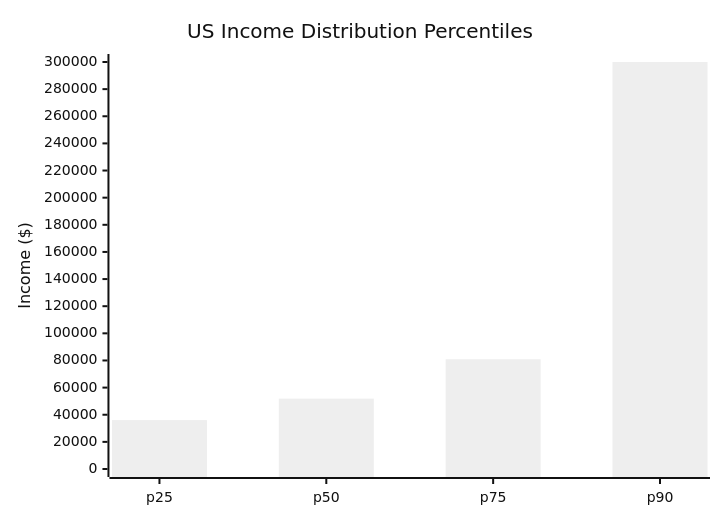
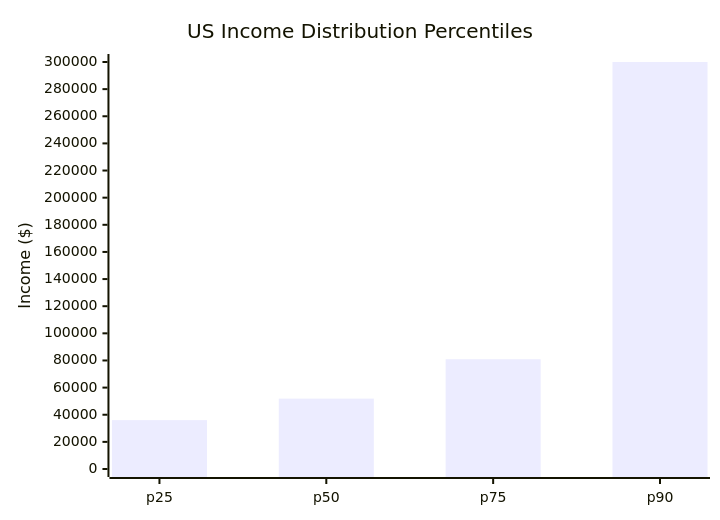
The fifth of 14 diagrams in us-household-income-analysis/README.md (tzolkowski96/tzolkowski96), drawn with Mermaid before and after one commit. The commit also changed other lines of this file, not shown here.

````diff
--- a/us-household-income-analysis/README.md
+++ b/us-household-income-analysis/README.md
@@ -301,8 +305,7 @@
 ```mermaid
-%%{init: {'theme': 'neutral' }}%%
 xychart-beta
     title "US Income Distribution Percentiles"
     x-axis [p25, p50, p75, p90]
     y-axis "Income ($)" 0 --> 300000
     bar [36039, 51871, 80909, 300000]
 ```
````
